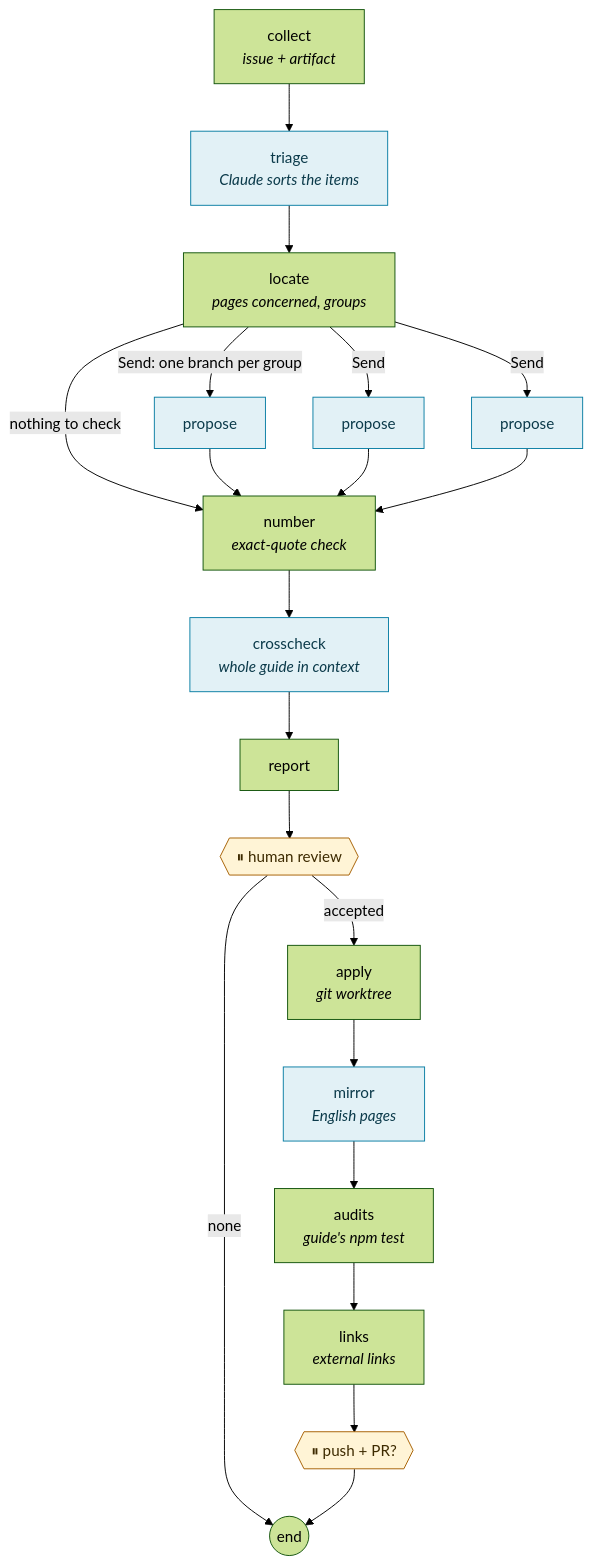
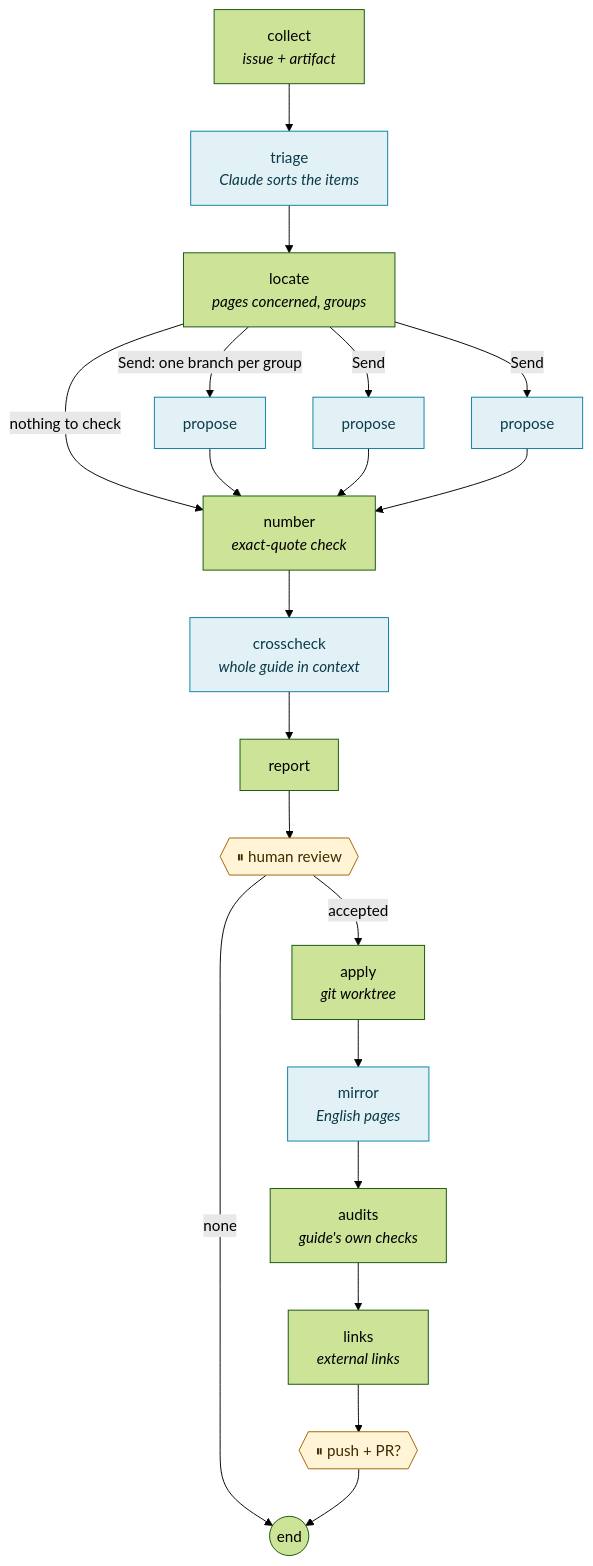
The second of 5 diagrams in docs/presentation.md (DamienBecherini/vault-watch-agent), drawn with Mermaid (forest theme) before and after one commit. The commit also changed other lines of this file and 27 other files, not shown here.

````diff
--- a/docs/presentation.md
+++ b/docs/presentation.md
@@ -66,23 +72,23 @@
 ```mermaid
 flowchart TD
   collect["collect<br/><i>issue + artifact</i>"] --> triage["triage<br/><i>Claude sorts the items</i>"]
   triage --> locate["locate<br/><i>pages concerned, groups</i>"]
   locate -->|"Send: one branch per group"| p1["propose"]
   locate -->|"Send"| p2["propose"]
   locate -->|"Send"| p3["propose"]
   locate -->|"nothing to check"| number
   p1 --> number["number<br/><i>exact-quote check</i>"]
   p2 --> number
   p3 --> number
   number --> crosscheck["crosscheck<br/><i>whole guide in context</i>"]
   crosscheck --> report --> review{{"⏸ human review"}}
   review -->|"accepted"| apply["apply<br/><i>git worktree</i>"]
   review -->|"none"| stop((end))
-  apply --> mirror["mirror<br/><i>English pages</i>"] --> audits["audits<br/><i>guide's npm test</i>"]
+  apply --> mirror["mirror<br/><i>English pages</i>"] --> audits["audits<br/><i>guide's own checks</i>"]
   audits --> links["links<br/><i>external links</i>"] --> publish{{"⏸ push + PR?"}}
   publish --> stop
   classDef pause fill:#fff4d6,stroke:#a65f00,color:#3d2a00
   classDef model fill:#e2f1f6,stroke:#0a7ea4,color:#0b3a4a
   class review,publish pause
   class triage,p1,p2,p3,crosscheck,mirror model
 ```
````
